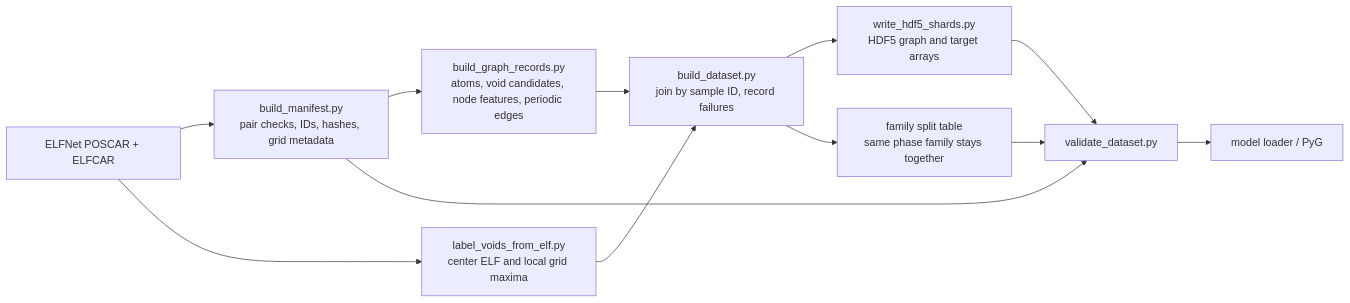
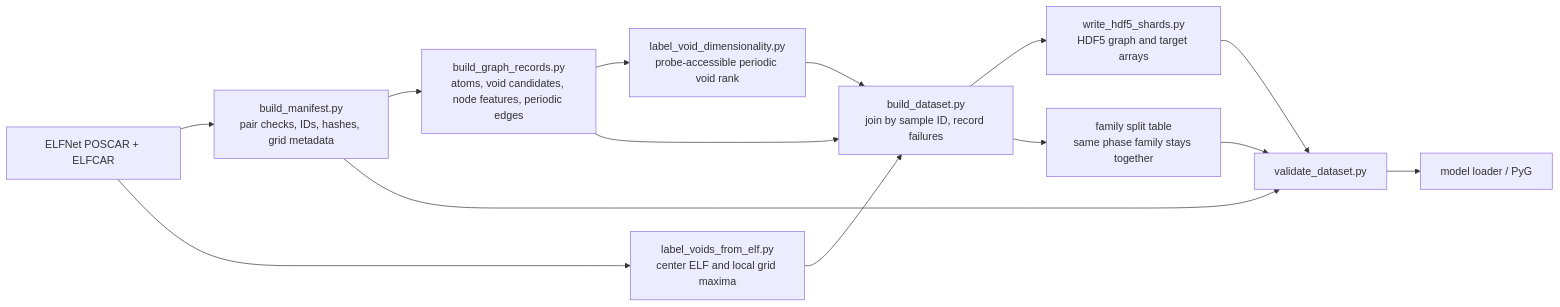
Before and after one commit to weilana30/electride-ml-predictor: the diagram in elf_void_analysis/README.md, drawn with Mermaid. The commit also changed other lines of this file and 20 other files, not shown here.

````diff
--- a/elf_void_analysis/README.md
+++ b/elf_void_analysis/README.md
@@ -10,14 +11,16 @@
 ```mermaid
 flowchart LR
   A[ELFNet POSCAR + ELFCAR] --> B[build_manifest.py<br/>pair checks, IDs, hashes, grid metadata]
   B --> C[build_graph_records.py<br/>atoms, void candidates, node features, periodic edges]
   A --> D[label_voids_from_elf.py<br/>center ELF and local grid maxima]
+  C --> J[label_void_dimensionality.py<br/>probe-accessible periodic void rank]
   C --> E[build_dataset.py<br/>join by sample ID, record failures]
   D --> E
+  J --> E
   E --> F[write_hdf5_shards.py<br/>HDF5 graph and target arrays]
   E --> G[family split table<br/>same phase family stays together]
   F --> H[validate_dataset.py]
   B --> H
   G --> H
   H --> I[model loader / PyG]
 ```
````
